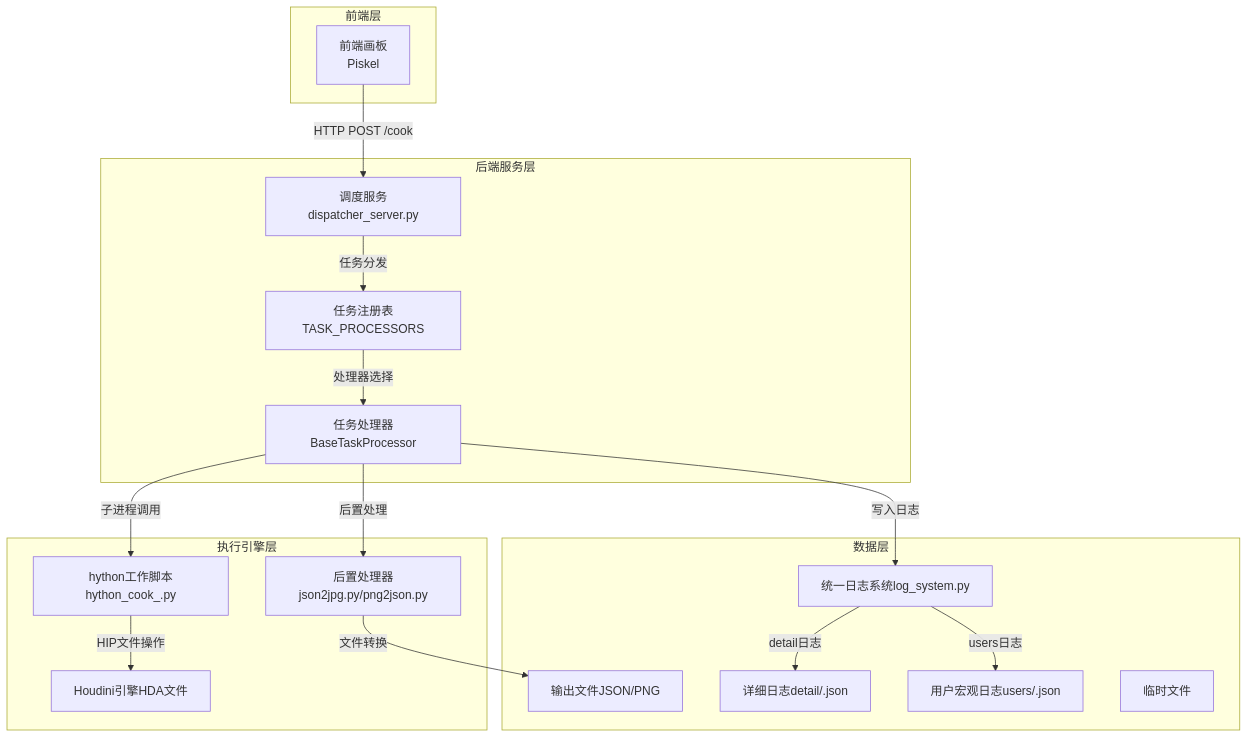
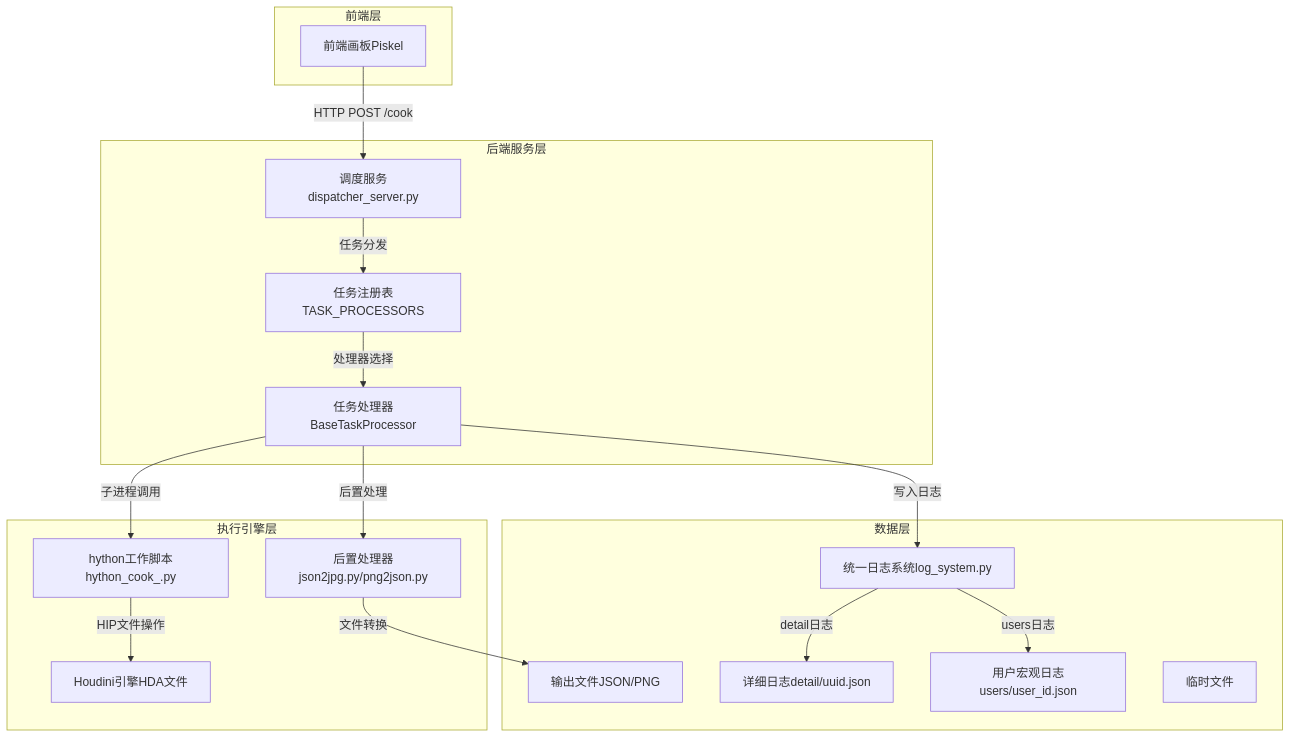
One commit to NTOM/piskel2Houdini changed the first of 8 diagrams in Houdini后端服务架构笔记.md. Above: the diagram before and after it, drawn with Mermaid. The commit also changed other lines of this file, not shown here.

````diff
--- a/Houdini后端服务架构笔记.md
+++ b/Houdini后端服务架构笔记.md
@@ -31,38 +31,38 @@
 ```mermaid
 graph TB
-    Client[前端画板\nPiskel] -->|HTTP POST /cook| Dispatcher[调度服务dispatcher_server.py]
+    Client[前端画板Piskel] -->|HTTP POST /cook| Dispatcher[调度服务dispatcher_server.py]
     Dispatcher -->|任务分发| TaskRegistry[任务注册表TASK_PROCESSORS]
     TaskRegistry -->|处理器选择| Processor[任务处理器BaseTaskProcessor]
     Processor -->|子进程调用| HythonWorker[hython工作脚本hython_cook_.py]
     HythonWorker -->|HIP文件操作| Houdini[Houdini引擎HDA文件]
     Processor -->|后置处理| PostProcessor[后置处理器json2jpg.py/png2json.py]
     PostProcessor -->|文件转换| Output[输出文件JSON/PNG]
 
     Processor -->|写入日志| LogSystem[统一日志系统log_system.py]
-    LogSystem -->|detail日志| DetailLog[详细日志detail/<uuid>.json]
-    LogSystem -->|users日志| UsersLog[用户宏观日志users/<user_id>.json]
+    LogSystem -->|detail日志| DetailLog[详细日志detail/uuid.json]
+    LogSystem -->|users日志| UsersLog[用户宏观日志users/user_id.json]
 
     subgraph 前端层
         Client
     end
 
     subgraph 后端服务层
         Dispatcher
         TaskRegistry
         Processor
     end
 
     subgraph 执行引擎层
         HythonWorker
         Houdini
         PostProcessor
     end
 
     subgraph 数据层
         LogSystem
         TempFiles[临时文件]
         Output
         DetailLog
         UsersLog
     end
 ```
````
